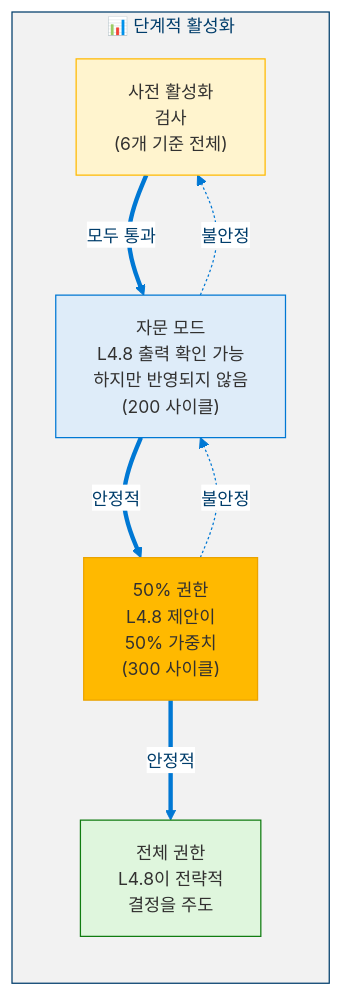
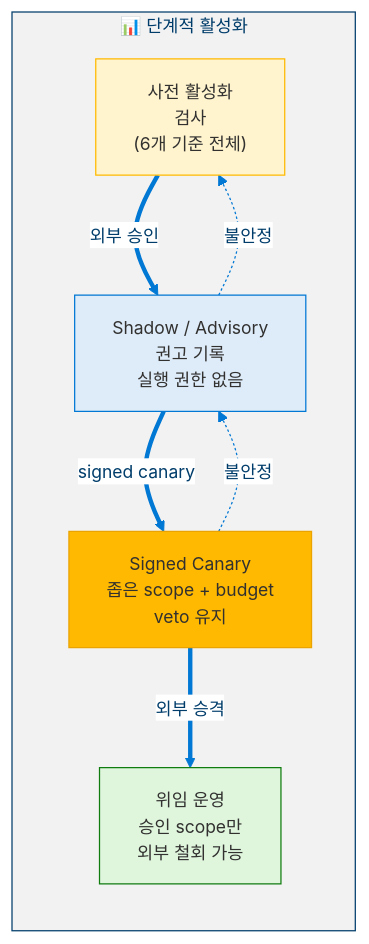
Before and after one commit to dotnetpower/mscp: diagram 16 of 17 in docs/levels/Level_4_8_Strategic_Self_Modeling.ko.md, drawn with Mermaid. The commit also changed other lines of this file and 21 other files, not shown here.

````diff
--- a/docs/levels/Level_4_8_Strategic_Self_Modeling.ko.md
+++ b/docs/levels/Level_4_8_Strategic_Self_Modeling.ko.md
@@ -1122,22 +1137,22 @@
 ```mermaid
 %%{init: {'theme': 'base', 'themeVariables': {'primaryColor': '#0078D4', 'primaryTextColor': '#003D6B', 'primaryBorderColor': '#003D6B', 'secondaryColor': '#50E6FF', 'secondaryTextColor': '#323130', 'secondaryBorderColor': '#00BCF2', 'tertiaryColor': '#F2F2F2', 'tertiaryTextColor': '#323130', 'lineColor': '#0078D4', 'textColor': '#323130', 'mainBkg': '#DEECF9', 'nodeBorder': '#0078D4', 'clusterBkg': '#F2F2F2', 'clusterBorder': '#003D6B', 'titleColor': '#003D6B', 'edgeLabelBackground': '#FFFFFF', 'fontSize': '14px'}}}%%
 flowchart LR
   classDef check fill:#FFF4CE,stroke:#FFB900,color:#323130
   classDef advisory fill:#DEECF9,stroke:#0078D4,color:#323130
   classDef half fill:#FFB900,stroke:#EAA300,color:#323130
   classDef full fill:#DFF6DD,stroke:#107C10,color:#323130
 
   subgraph Activation["📊 단계적 활성화"]
     CHECK["사전 활성화<br/>검사<br/>(6개 기준 전체)"]:::check
-    ADV["자문 모드<br/>L4.8 출력 확인 가능<br/>하지만 반영되지 않음<br/>(200 사이클)"]:::advisory
-    HALF["50% 권한<br/>L4.8 제안이<br/>50% 가중치<br/>(300 사이클)"]:::half
-    FULL["전체 권한<br/>L4.8이 전략적<br/>결정을 주도"]:::full
+    ADV["Shadow / Advisory<br/>권고 기록<br/>실행 권한 없음"]:::advisory
+    HALF["Signed Canary<br/>좁은 scope + budget<br/>veto 유지"]:::half
+    FULL["위임 운영<br/>승인 scope만<br/>외부 철회 가능"]:::full
 
-    CHECK ==>|"모두 통과"| ADV
-    ADV ==>|"안정적"| HALF
-    HALF ==>|"안정적"| FULL
+    CHECK ==>|"외부 승인"| ADV
+    ADV ==>|"signed canary"| HALF
+    HALF ==>|"외부 승격"| FULL
   end
 
   ADV -.->|"불안정"| CHECK
   HALF -.->|"불안정"| ADV
 ```
````
